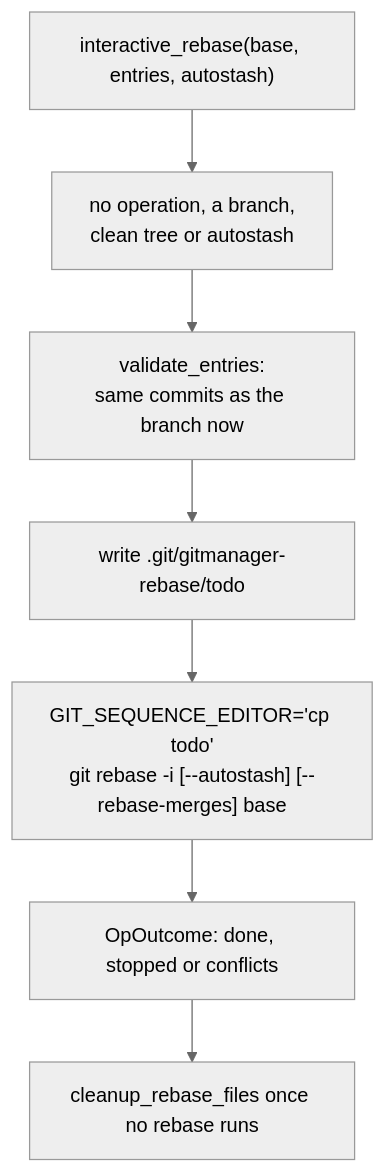
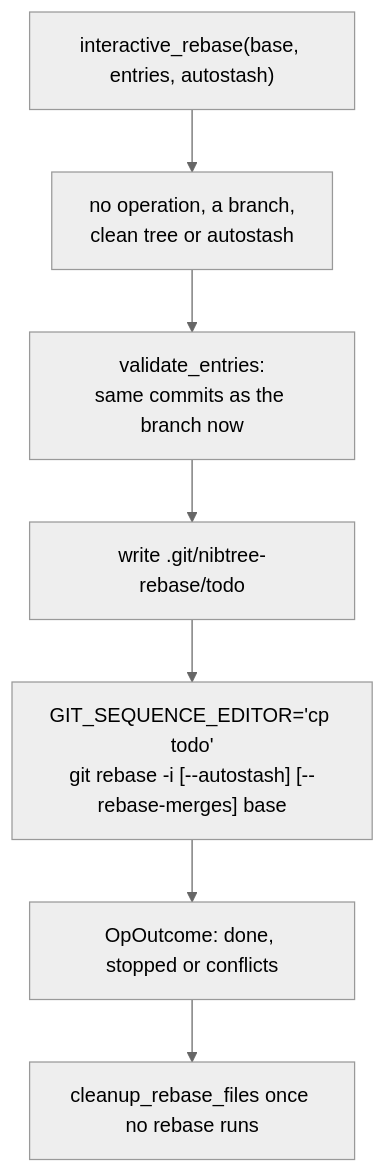
Before and after one commit to shibbirweb/git-manager: the second of 2 diagrams in docs/wiki/developer/How-Interactive-Rebase-Works.md, drawn with Mermaid (neutral theme). The commit also changed other lines of this file and 268 other files, not shown here.

Commit message:
feat:[GM-142] Git Manager is now Nibtree

````diff
--- a/docs/wiki/developer/How-Interactive-Rebase-Works.md
+++ b/docs/wiki/developer/How-Interactive-Rebase-Works.md
@@ -44,9 +44,9 @@
 ```mermaid
 flowchart TD
   Start["interactive_rebase(base, entries, autostash)"] --> Checks["no operation, a branch,<br/>clean tree or autostash"]
   Checks --> Validate["validate_entries:<br/>same commits as the branch now"]
-  Validate --> Todo["write .git/gitmanager-rebase/todo"]
+  Validate --> Todo["write .git/nibtree-rebase/todo"]
   Todo --> Git["GIT_SEQUENCE_EDITOR='cp todo'<br/>git rebase -i [--autostash] [--rebase-merges] base"]
   Git --> Outcome["OpOutcome: done, stopped or conflicts"]
   Outcome --> Clean["cleanup_rebase_files once no rebase runs"]
 ```
````
